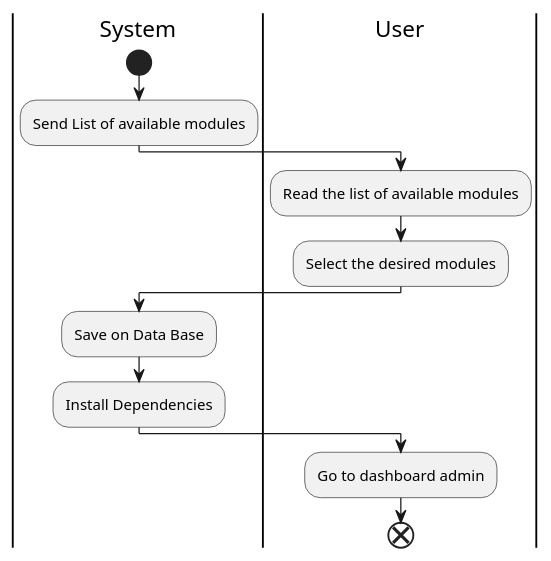
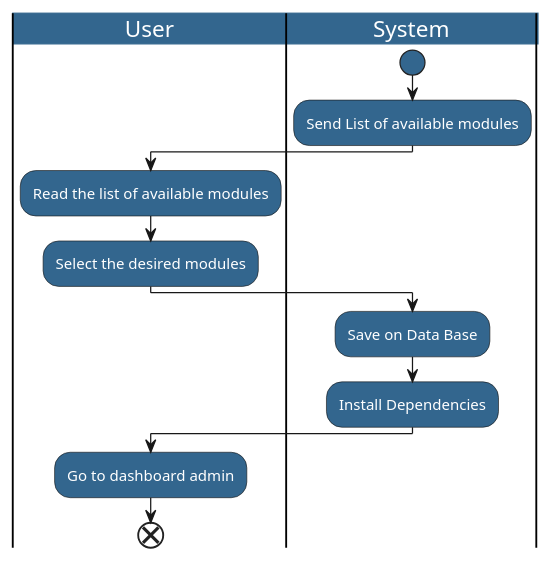
One commit to ines-erp/knowledgebase changed the diagram in Diagrams/GettingStarted/moduleSelection.puml. Above: the diagram before and after it, drawn with PlantUML.

Commit message:
updating styles

```diff
--- a/Diagrams/GettingStarted/moduleSelection.puml
+++ b/Diagrams/GettingStarted/moduleSelection.puml
@@ -1,18 +1,33 @@
 @startuml
+<style>
+    activityDiagram {
+      BackgroundColor #33668E
+      FontColor #fff
+    }
+    arrow {
+        FontColor #33668E
+        FontName arial
+        FontSize 15
+    }
+    document {
+        BackgroundColor Transparent
+    }
+</style>
+|User|
 |System|
 start
 :Send List of available modules;
 
 |User|
 :Read the list of available modules;
 :Select the desired modules;
 
 |System|
 :Save on Data Base;
 :Install Dependencies;
 
 |User|
 :Go to dashboard admin;
 end
 
 @enduml
```
